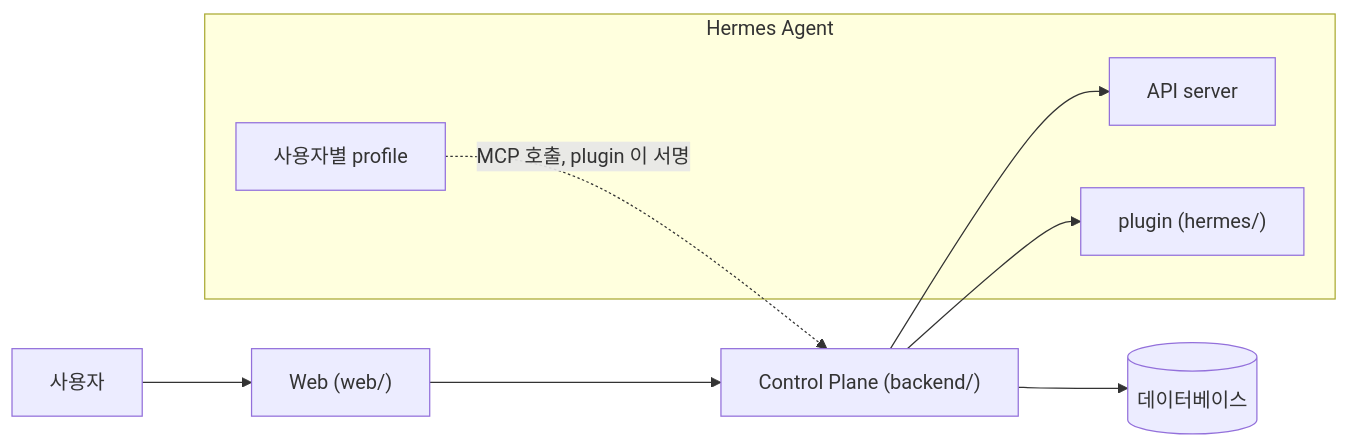
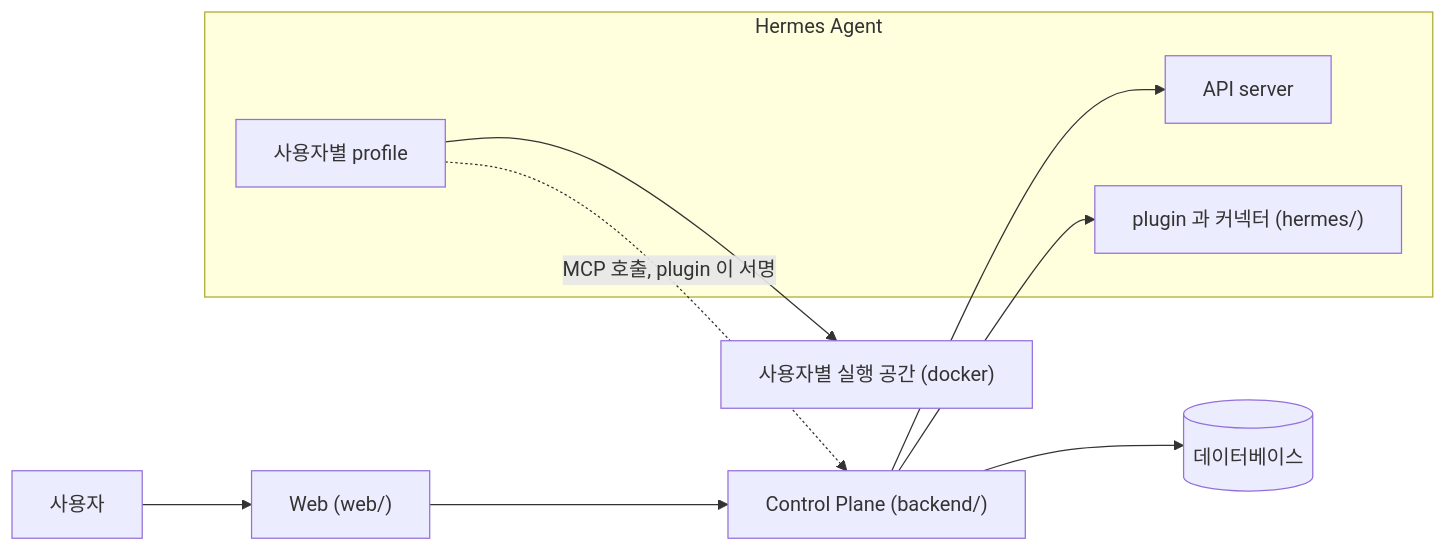
The diagram in README.ko.md (jon890/fos-assistant), drawn with Mermaid before and after one commit. The commit also changed other lines of this file and 1 other file, not shown here.

````diff
--- a/README.ko.md
+++ b/README.ko.md
@@ -133,14 +170,15 @@
 ```mermaid
 flowchart LR
     U[사용자] --> W["Web (web/)"]
     W --> C["Control Plane (backend/)"]
     C --> DB[(데이터베이스)]
     C --> A
     C --> G
     subgraph H[Hermes Agent]
         A[API server]
         P[사용자별 profile]
-        G["plugin (hermes/)"]
+        G["plugin 과 커넥터 (hermes/)"]
     end
     P -. "MCP 호출, plugin 이 서명" .-> C
+    P --> S["사용자별 실행 공간 (docker)"]
 ```
````
